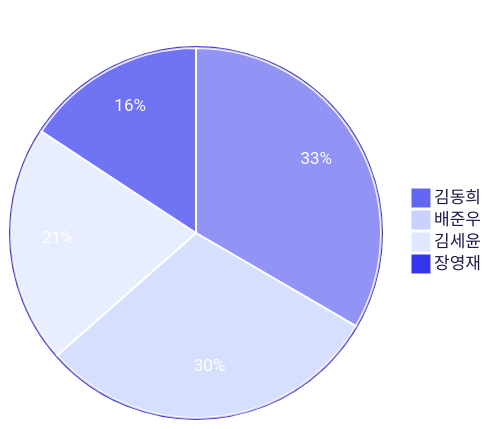
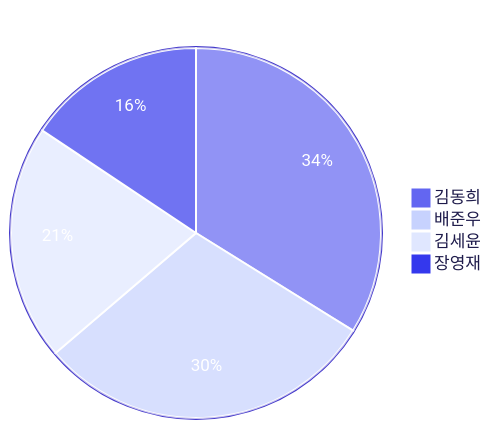
One commit to 3rd-project-team-1/ALYAC-market-team1 changed the third of 4 diagrams in README.md. Above: the diagram before and after it, drawn with Mermaid. The commit also changed other lines of this file, not shown here.

````diff
--- a/README.md
+++ b/README.md
@@ -430,17 +430,17 @@
 ```mermaid
 %%{init: { 'theme': 'base', 'themeVariables': {
   'primaryColor': '#6366f1',
   'primaryTextColor': '#ffffff',
   'primaryBorderColor': '#4338ca',
   'secondaryColor': '#c7d2fe',
   'tertiaryColor': '#e0e7ff',
   'pieLegendTextColor': '#1e1b4b',
   'pieStrokeColor': '#ffffff',
   'pieOuterStrokeColor': '#4338ca'
 } } }%%
 pie title 기여자별 커밋 수
-  "김동희" : 193
+  "김동희" : 197
   "배준우" : 174
   "김세윤" : 120
   "장영재" : 91
 ```
````
